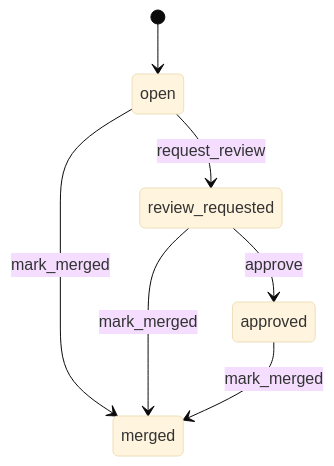
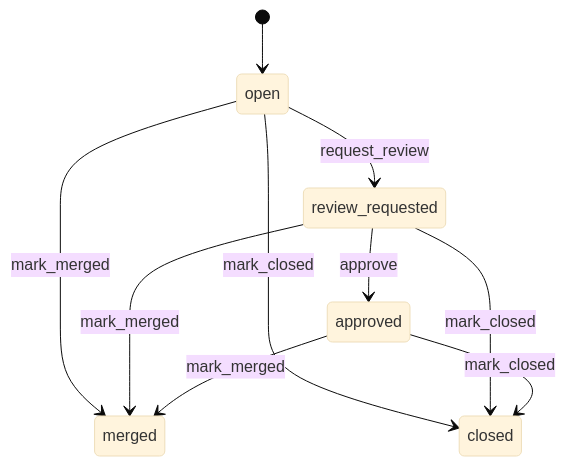
The fifth of 6 diagrams in README.md (souliane/teatree), drawn with Mermaid (base theme) before and after one commit. The commit also changed 31 other files, not shown here.

````diff
--- a/README.md
+++ b/README.md
@@ -312,9 +312,12 @@
 ```mermaid
 stateDiagram-v2
     [*] --> open
     open --> review_requested : request_review
     open --> merged : mark_merged
+    open --> closed : mark_closed
     review_requested --> approved : approve
     review_requested --> merged : mark_merged
+    review_requested --> closed : mark_closed
     approved --> merged : mark_merged
+    approved --> closed : mark_closed
 ```
````
